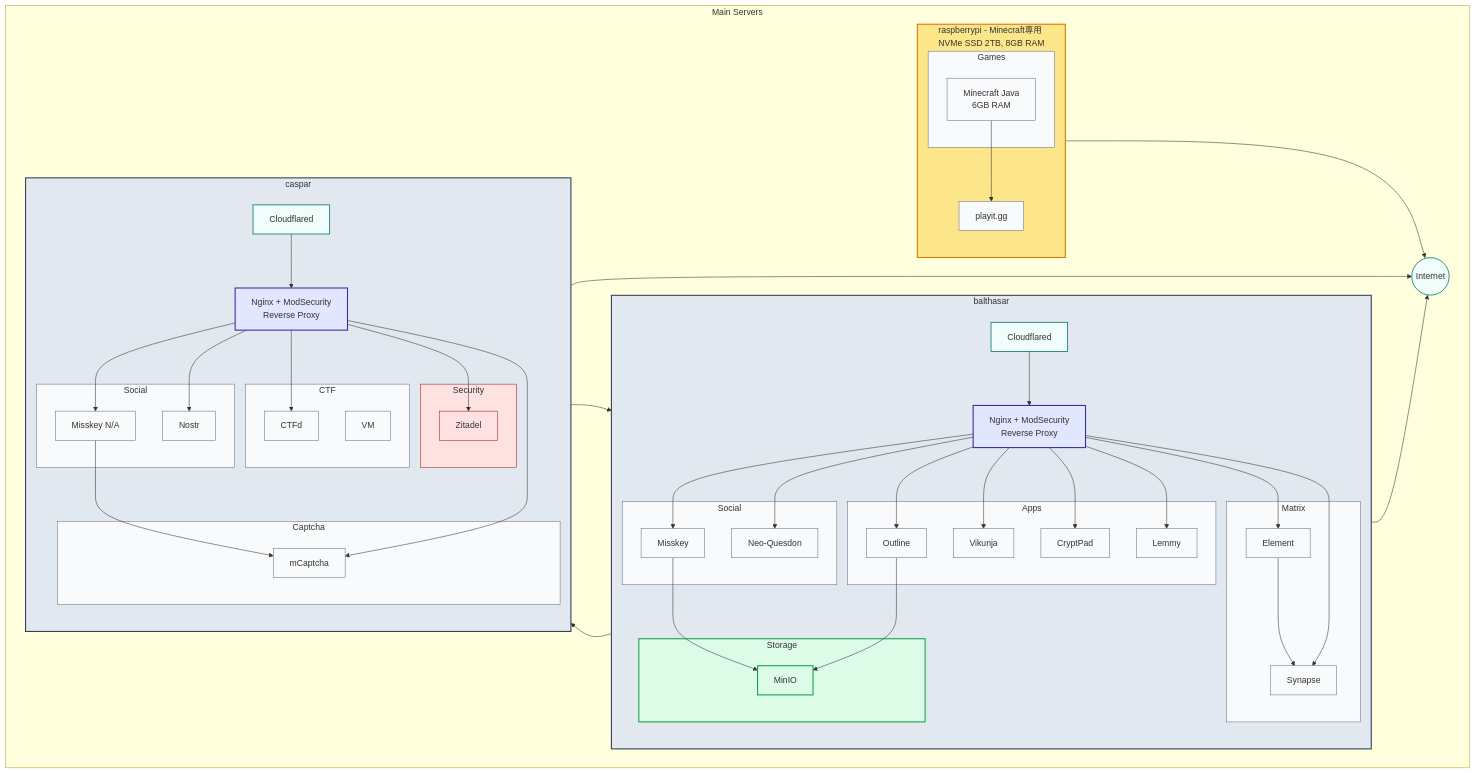
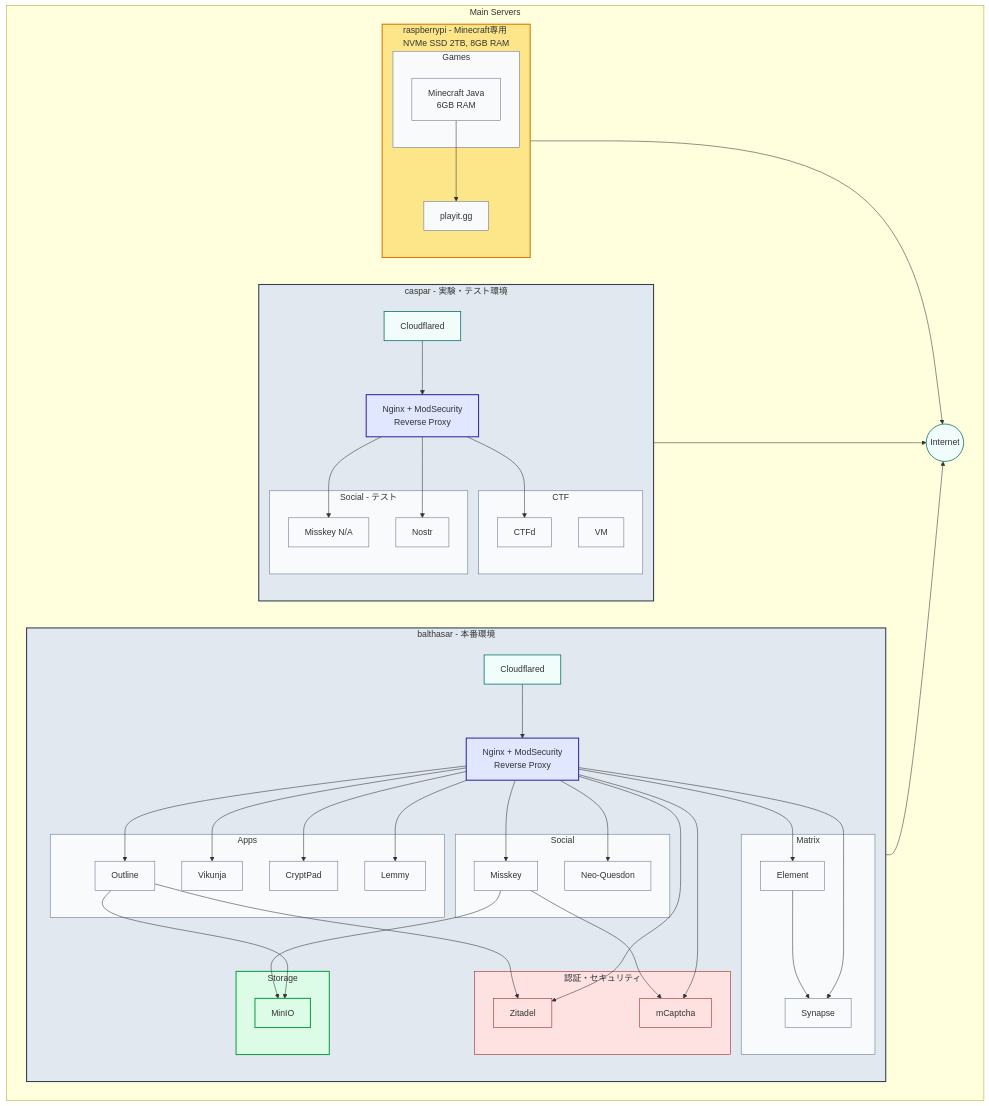
Before and after one commit to yamisskey-dev/hosted-list: the first of 5 diagrams in README.md, drawn with Mermaid.

```diff
--- a/README.md
+++ b/README.md
@@ -12,12 +12,13 @@
     classDef cloudflare fill:#f0fdfa,stroke:#0f766e,stroke-width:1.5px
     classDef security fill:#fee2e2,stroke:#991b1b,stroke-width:1px
     classDef storage fill:#dcfce7,stroke:#16a34a,stroke-width:2px
+    classDef local fill:#86efac,stroke:#16a34a,stroke-width:3px
 
     %% Main Infrastructure
     subgraph main_servers[Main Servers]
         direction LR
         
-        subgraph balthasar[balthasar]
+        subgraph balthasar[balthasar - 本番環境]
             direction TB
             cloudflared_b[Cloudflared]:::cloudflare
             nginx_b[Nginx + ModSecurity<br/>Reverse Proxy]:::proxy
@@ -39,32 +40,29 @@
                 cryptpad[CryptPad]:::service
             end
             
+            subgraph auth_services[認証・セキュリティ]
+                zitadel[Zitadel]:::security
+                mcaptcha[mCaptcha]:::security
+            end
+            
             subgraph storage_local[Storage]
                 minio[MinIO]:::storage
             end
         end
         
-        subgraph caspar[caspar]
+        subgraph caspar[caspar - 実験・テスト環境]
             direction TB
             cloudflared_c[Cloudflared]:::cloudflare
             nginx_c[Nginx + ModSecurity<br/>Reverse Proxy]:::proxy
-            
-            subgraph security_group[Security]
-                zitadel[Zitadel]:::security
-            end
             
             subgraph CTF[CTF]
                 ctfd[CTFd]:::service
                 vm[VM]:::service
             end
             
-            subgraph social_c[Social]
+            subgraph social_c[Social - テスト]
                 nayamisskey[Misskey N/A]:::service
                 nostream[Nostr]:::service
-            end
-
-            subgraph captcha_group[Captcha]
-                mcaptcha[mCaptcha]:::service
             end
         end
         
@@ -81,21 +79,22 @@
     end
 
     %% Local storage connections (thick lines)
-    yamisskey -->  minio
-    outline -->  minio
+    yamisskey --> minio
+    outline --> minio
 
-    %% Core connections
-    zitadel --> outline
+    %% Local authentication connections (within balthasar)
+    outline --> zitadel
+    yamisskey --> mcaptcha
+    
+    %% Other core connections
     element --> synapse
     minecraft --> playig
-    yamisskey --> mcaptcha
-    nayamisskey --> mcaptcha
 
     %% Cloudflared to Nginx connections
     cloudflared_b --> nginx_b
     cloudflared_c --> nginx_c
 
-    %% Nginx to services
+    %% Nginx to services - balthasar
     nginx_b --> yamisskey
     nginx_b --> neoquesdon
     nginx_b --> element
@@ -104,11 +103,13 @@
     nginx_b --> vikunja
     nginx_b --> cryptpad
     nginx_b --> lemmy
+    nginx_b --> zitadel
+    nginx_b --> mcaptcha
+    
+    %% Nginx to services - caspar
     nginx_c --> nayamisskey
     nginx_c --> nostream
     nginx_c --> ctfd
-    nginx_c --> zitadel
-    nginx_c --> mcaptcha
 
     %% External connections
     playig --> internet
@@ -118,8 +119,8 @@
     %% Apply styles
     class balthasar,caspar homeServer
     class raspberrypi rpi
-    class social,social_c,matrix,apps,games,CTF,captcha_group service
-    class security_group security
+    class social,social_c,matrix,apps,games,CTF service
+    class auth_services security
     class cloudflared_b,cloudflared_c cloudflare
     class nginx_b,nginx_c proxy
     class storage_local storage
```
